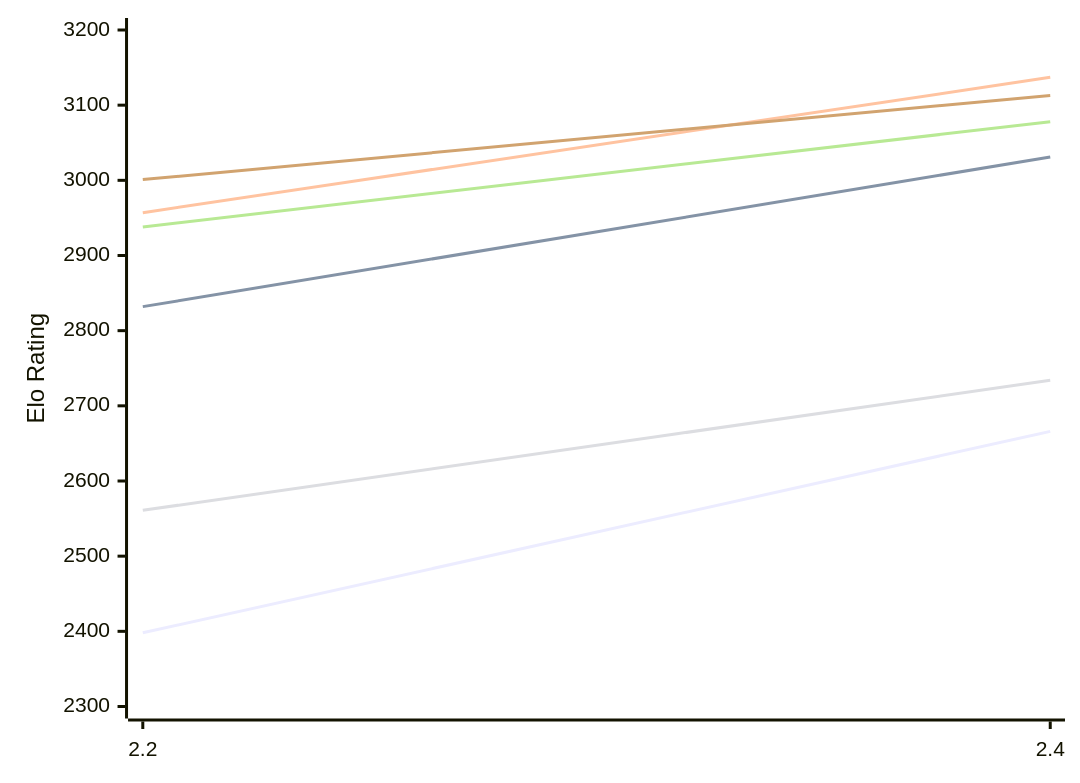
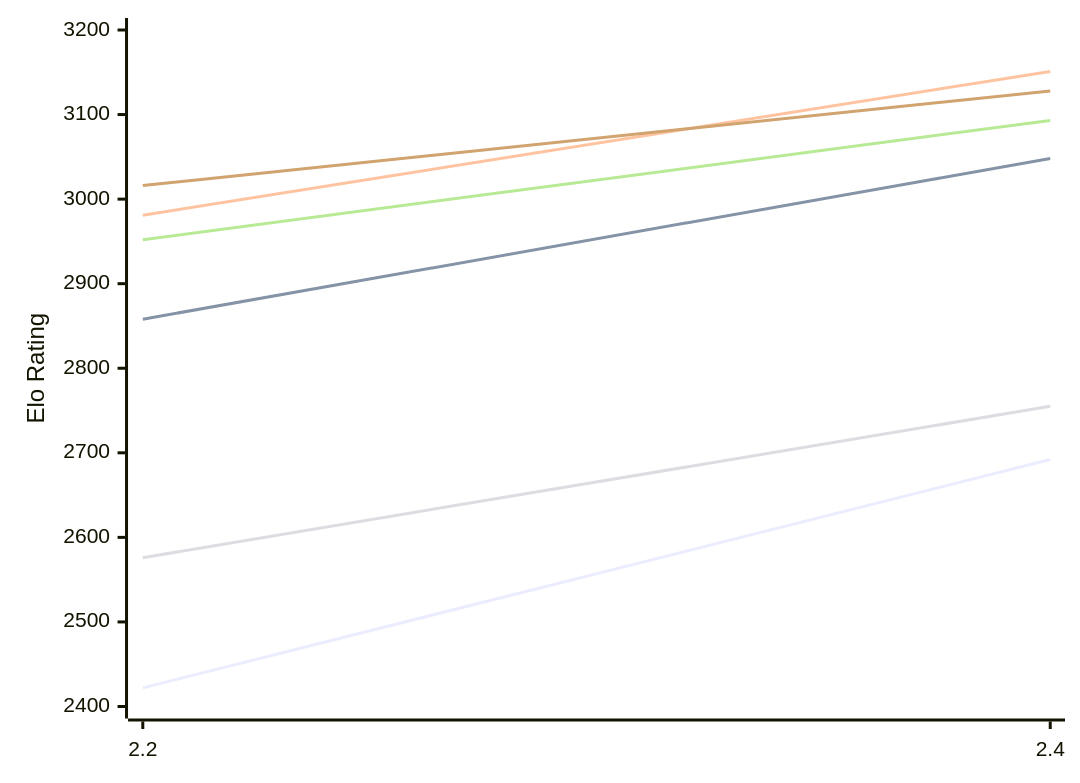
Before and after one commit to computer-chess-index/cci: the first of 2 diagrams in engines/Sloth.md, drawn with Mermaid. The commit also changed other lines of this file, not shown here.

Commit message:
Update CCI Ratings (ELO VLTC) - 2026-10-24

````diff
--- a/engines/Sloth.md
+++ b/engines/Sloth.md
@@ -50,12 +50,12 @@
 ```mermaid
 %%{init: {"theme":"base","themeVariables":{"seriesColors:['#a3a3a3','#222221','#faa371']}}}%%
 xychart-beta
   x-axis ["2.2", "2.4"]
-  y-axis "Elo Rating" 2300 --> 3200
-  line "E1: STC (8.0+0.08s)" [2398, 2666]
-  line "E1: LTC (60.0+0.60s)" [2832, 3031]
-  line "E1: VLTC (2m24s+1.12s)" [2957, 3137]
-  line "P1: STC (8.0+0.08s)" [2561, 2734]
-  line "P1: LTC (60.0+0.60s)" [2938, 3078]
-  line "P1: VLTC (2m24s+1.12s)" [3001, 3113]
+  y-axis "Elo Rating" 2400 --> 3200
+  line "E1: STC (8.0+0.08s)" [2422, 2692]
+  line "E1: LTC (60.0+0.60s)" [2858, 3048]
+  line "E1: VLTC (2m24s+1.12s)" [2981, 3151]
+  line "P1: STC (8.0+0.08s)" [2576, 2755]
+  line "P1: LTC (60.0+0.60s)" [2952, 3093]
+  line "P1: VLTC (2m24s+1.12s)" [3016, 3128]
 ```
````
